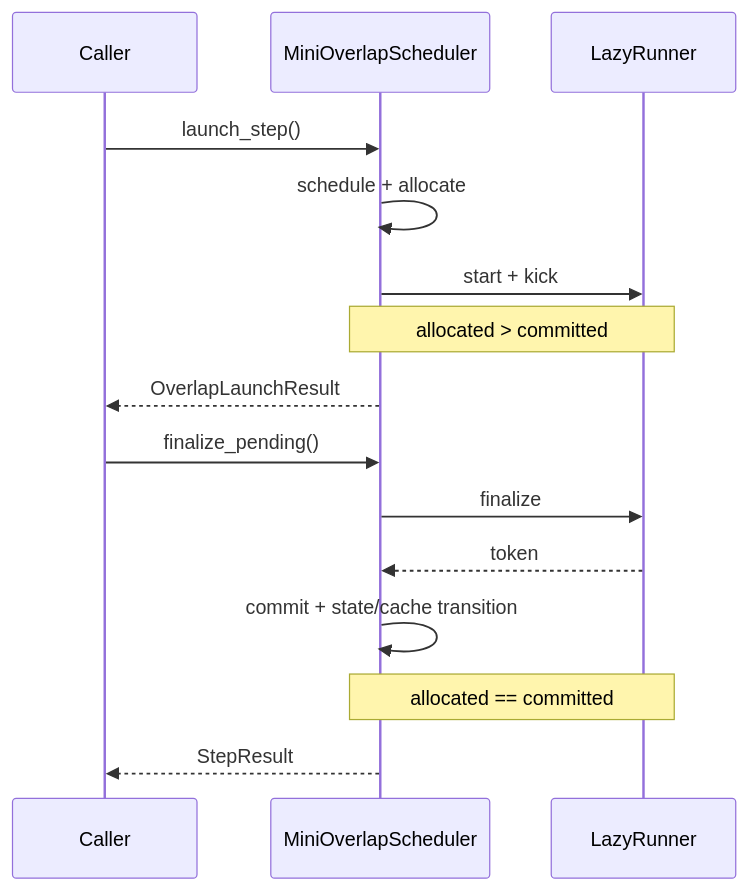
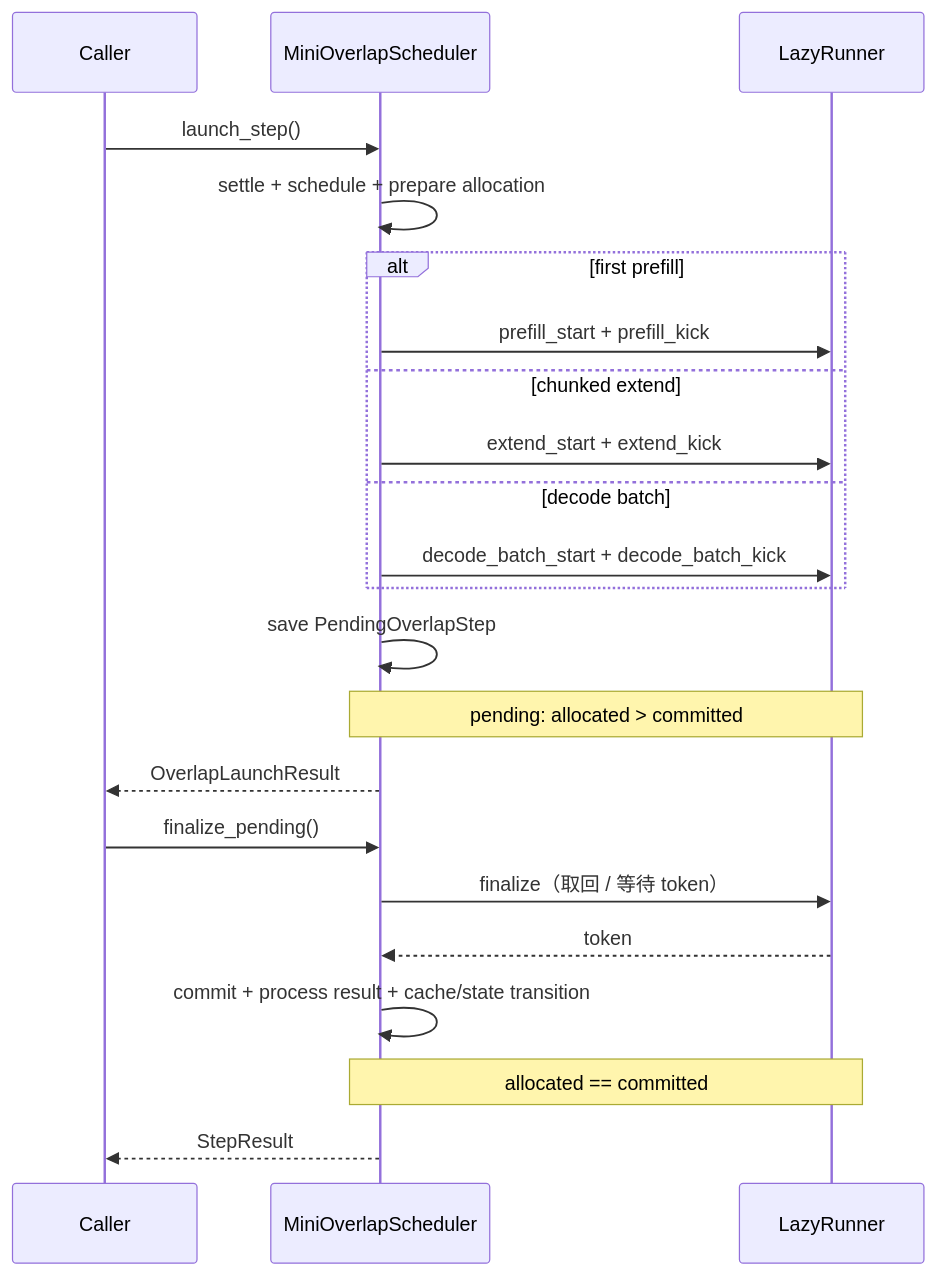
One commit to stream-iori/sglang changed diagram 11 of 12 in my-sglang/docs/scheduler-kv-overview.md. Above: the diagram before and after it, drawn with Mermaid. The commit also changed other lines of this file, not shown here.

````diff
--- a/my-sglang/docs/scheduler-kv-overview.md
+++ b/my-sglang/docs/scheduler-kv-overview.md
@@ -87,17 +598,24 @@
 ```mermaid
 sequenceDiagram
     participant Caller
     participant S as MiniOverlapScheduler
     participant R as LazyRunner
     Caller->>S: launch_step()
-    S->>S: schedule + allocate
-    S->>R: start + kick
-    Note over S,R: allocated > committed
+    S->>S: settle + schedule + prepare allocation
+    alt first prefill
+        S->>R: prefill_start + prefill_kick
+    else chunked extend
+        S->>R: extend_start + extend_kick
+    else decode batch
+        S->>R: decode_batch_start + decode_batch_kick
+    end
+    S->>S: save PendingOverlapStep
+    Note over S,R: pending: allocated > committed
     S-->>Caller: OverlapLaunchResult
     Caller->>S: finalize_pending()
-    S->>R: finalize
+    S->>R: finalize（取回 / 等待 token）
     R-->>S: token
-    S->>S: commit + state/cache transition
+    S->>S: commit + process result + cache/state transition
     Note over S,R: allocated == committed
     S-->>Caller: StepResult
 ```
````
